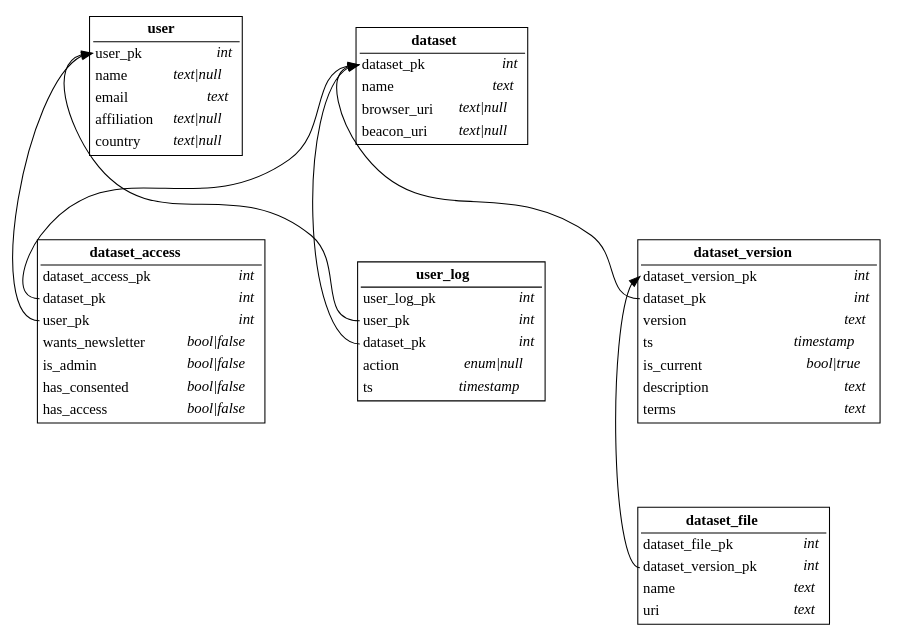
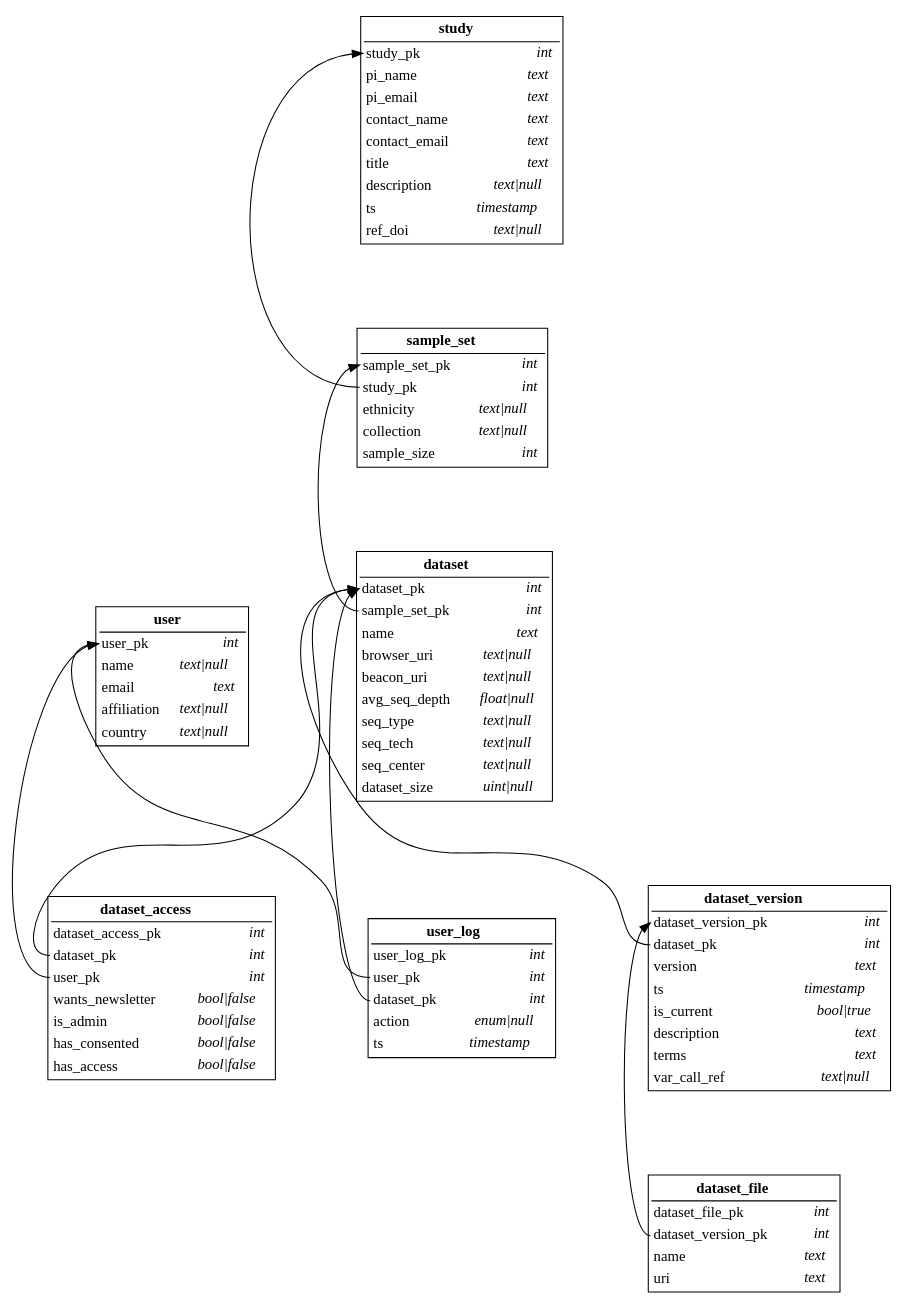
The diagram in sql/schema.dot (NBISweden/swefreq), drawn with Graphviz before and after one commit.

Commit message:
Add extra metadata tables and links

```diff
--- a/sql/schema.dot
+++ b/sql/schema.dot
@@ -1,76 +1,106 @@
 digraph {
     ranksep=1 nodesep=1 rankdir=BT
     node [ shape = none ]
     /*
     subgraph cluster0 {
         user_log_old [ label="{user_log|pk\lemail\laction\lts\l}" ]
         users_old [ label="{users|pk\lusername\lemail\ldownload_count\lswefreq_admin\laffiliation\lfull_user\lcreate_date\lcountry\lnewsletter\l}" ]
         label = "Old schema"
     }
     */
         user [ label=<<table border="1" cellborder="0" align="left">
             <tr><td border="1" sides="b" colspan="2"><b>user</b></td></tr>
             <tr><td align="left" port="pk">user_pk</td><td align="right"><i>int</i></td></tr>
             <tr><td align="left">name</td><td align="right"><i>text|null</i></td></tr>
             <tr><td align="left" port="email">email</td><td align="right"><i>text</i></td></tr>
             <tr><td align="left">affiliation</td><td align="right"><i>text|null</i></td></tr>
             <tr><td align="left">country</td><td align="right"><i>text|null</i></td></tr>
             </table>> ];
 
         dataset [ label=<<table border="1" cellborder="0">
             <tr><td border="1" sides="b" colspan="2"><b>dataset</b></td></tr>
             <tr><td align="left" port="pk">dataset_pk</td><td align="right"><i>int</i></td></tr>
+            <tr><td align="left" port="sample_set_pk">sample_set_pk</td><td align="right"><i>int</i></td></tr>
             <tr><td align="left">name</td>                <td align="right"><i>text</i></td></tr>
             <tr><td align="left">browser_uri</td>         <td align="right"><i>text|null</i></td></tr>
             <tr><td align="left">beacon_uri</td>          <td align="right"><i>text|null</i></td></tr>
+            <tr><td align="left">avg_seq_depth</td>          <td align="right"><i>float|null</i></td></tr>
+            <tr><td align="left">seq_type</td>          <td align="right"><i>text|null</i></td></tr>
+            <tr><td align="left">seq_tech</td>          <td align="right"><i>text|null</i></td></tr>
+            <tr><td align="left">seq_center</td>          <td align="right"><i>text|null</i></td></tr>
+            <tr><td align="left">dataset_size</td>          <td align="right"><i>uint|null</i></td></tr>
             </table>> ];
 
         user_log [ label=<<table border="1" cellborder="0">
             <tr><td border="1" sides="b" colspan="2"><b>user_log</b></td></tr>
             <tr><td align="left" port="user_log_pk">user_log_pk</td><td align="right"><i>int</i></td></tr>
             <tr><td align="left" port="user_pk">user_pk</td><td align="right"><i>int</i></td></tr>
             <tr><td align="left" port="dataset">dataset_pk</td><td align="right"><i>int</i></td></tr>
             <tr><td align="left">action</td><td align="right"><i>enum|null</i></td></tr>
             <tr><td align="left">ts</td><td align="right"><i>timestamp</i></td></tr>
             </table>> ];
 
         dataset_access [ label=<<table border="1" cellborder="0">
             <tr><td border="1" sides="b" colspan="2"><b>dataset_access</b></td></tr>
             <tr><td align="left">dataset_access_pk</td><td align="right"><i>int</i></td></tr>
             <tr><td align="left" port="dataset">dataset_pk</td><td align="right"><i>int</i></td></tr>
             <tr><td align="left" port="user">user_pk</td><td align="right"><i>int</i></td></tr>
             <tr><td align="left">wants_newsletter</td><td align="right"><i>bool|false</i></td></tr>
             <tr><td align="left">is_admin</td><td align="right"><i>bool|false</i></td></tr>
             <tr><td align="left">has_consented</td><td align="right"><i>bool|false</i></td></tr>
             <tr><td align="left">has_access</td><td align="right"><i>bool|false</i></td></tr>
             </table>> ];
 
 
         dataset_version [ label=<<table border="1" cellborder="0">
             <tr><td border="1" sides="b" colspan="2"><b>dataset_version</b></td></tr>
             <tr><td align="left" port="pk">dataset_version_pk</td><td align="right"><i>int</i></td></tr>
             <tr><td align="left" port="dataset">dataset_pk</td><td align="right"><i>int</i></td></tr>
             <tr><td align="left">version</td><td align="right"><i>text</i></td></tr>
             <tr><td align="left">ts</td><td align="right"><i>timestamp</i></td></tr>
             <tr><td align="left">is_current</td><td align="right"><i>bool|true</i></td></tr>
             <tr><td align="left">description</td><td align="right"><i>text</i></td></tr>
             <tr><td align="left">terms</td><td align="right"><i>text</i></td></tr>
+            <tr><td align="left">var_call_ref</td><td align="right"><i>text|null</i></td></tr>
             </table>> ];
 
         dataset_file [ label=<<table border="1" cellborder="0">
             <tr><td border="1" sides="b" colspan="2"><b>dataset_file</b></td></tr>
             <tr><td align="left" port="pk">dataset_file_pk</td><td align="right"><i>int</i></td></tr>
             <tr><td align="left" port="dv">dataset_version_pk</td><td align="right"><i>int</i></td></tr>
             <tr><td align="left">name</td><td align="right"><i>text</i></td></tr>
             <tr><td align="left">uri</td><td align="right"><i>text</i></td></tr>
             </table>> ];
-    
 
+        study [ label=<<table border="1" cellborder="0">
+            <tr><td border="1" sides="b" colspan="2"><b>study</b></td></tr>
+            <tr><td align="left" port="pk">study_pk</td><td align="right"><i>int</i></td></tr>
+            <tr><td align="left">pi_name</td><td align="right"><i>text</i></td></tr>
+            <tr><td align="left">pi_email</td><td align="right"><i>text</i></td></tr>
+            <tr><td align="left">contact_name</td><td align="right"><i>text</i></td></tr>
+            <tr><td align="left">contact_email</td><td align="right"><i>text</i></td></tr>
+            <tr><td align="left">title</td><td align="right"><i>text</i></td></tr>
+            <tr><td align="left">description</td><td align="right"><i>text|null</i></td></tr>
+            <tr><td align="left">ts</td><td align="right"><i>timestamp</i></td></tr>
+            <tr><td align="left">ref_doi</td><td align="right"><i>text|null</i></td></tr>
+            </table>> ];
+
+        sample_set [ label=<<table border="1" cellborder="0">
+            <tr><td border="1" sides="b" colspan="2"><b>sample_set</b></td></tr>
+            <tr><td align="left" port="pk">sample_set_pk</td><td align="right"><i>int</i></td></tr>
+            <tr><td align="left" port="study_pk">study_pk</td><td align="right"><i>int</i></td></tr>
+            <tr><td align="left">ethnicity</td><td align="right"><i>text|null</i></td></tr>
+            <tr><td align="left">collection</td><td align="right"><i>text|null</i></td></tr>
+            <tr><td align="left">sample_size</td><td align="right"><i>int</i></td></tr>
+            </table>> ];
+
+        sample_set:study_pk -> study:pk;
+        dataset:sample_set_pk -> sample_set:pk;
         user_log:user_pk -> user:pk;
         dataset_access:user -> user:pk
         dataset_access:dataset -> dataset:pk
         dataset_version:dataset -> dataset:pk
         dataset_file:dv -> dataset_version:pk
         user_log:dataset -> dataset:pk
 
 }
```
